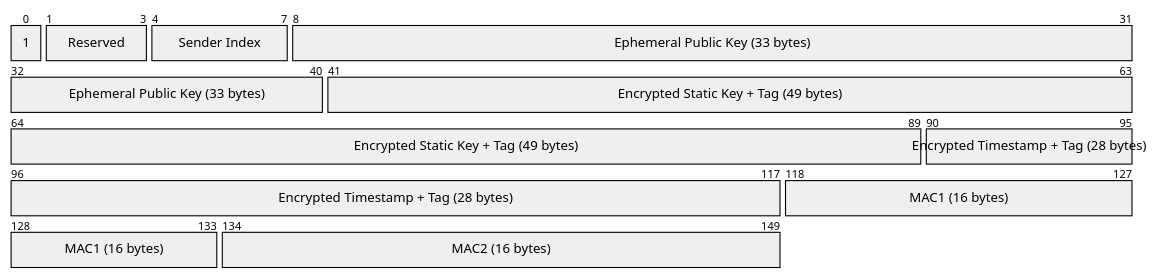
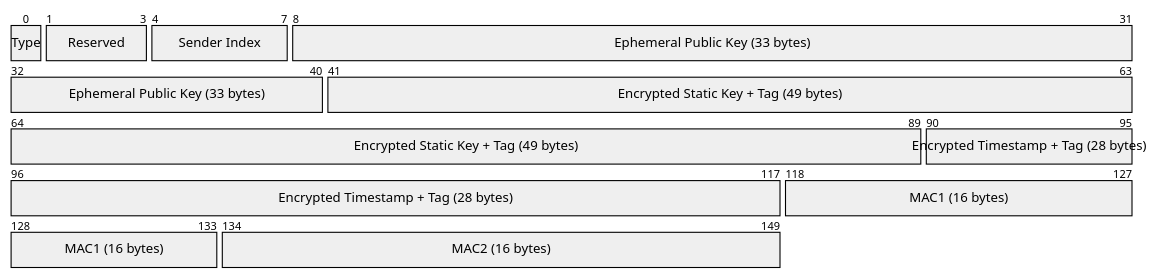
Before and after one commit to category-labs/monad-bft: the first of 8 diagrams in docs/0002_authenticated_udp.md, drawn with Mermaid. The commit also changed other lines of this file, not shown here.

````diff
--- a/docs/0002_authenticated_udp.md
+++ b/docs/0002_authenticated_udp.md
@@ -79,11 +79,11 @@
 ```mermaid
 packet-beta
-0: "1"
+0: "Type"
 1-3: "Reserved"
 4-7: "Sender Index"
 8-40: "Ephemeral Public Key (33 bytes)"
 41-89: "Encrypted Static Key + Tag (49 bytes)"
 90-117: "Encrypted Timestamp + Tag (28 bytes)"
 118-133: "MAC1 (16 bytes)"
 134-149: "MAC2 (16 bytes)"
 ```
````
